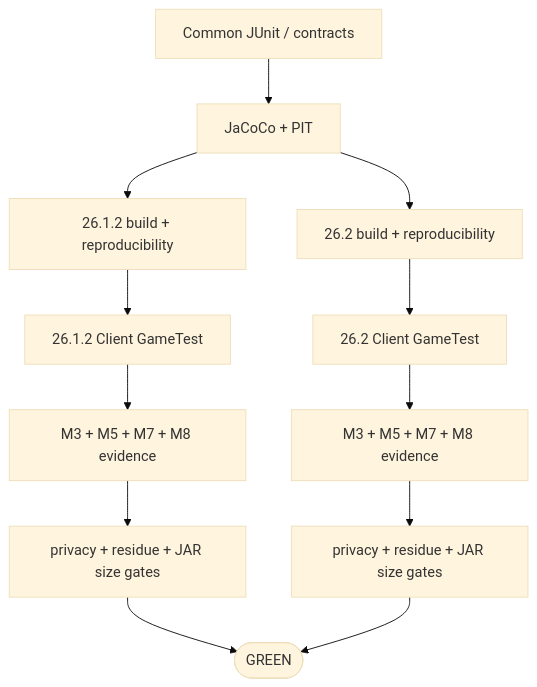
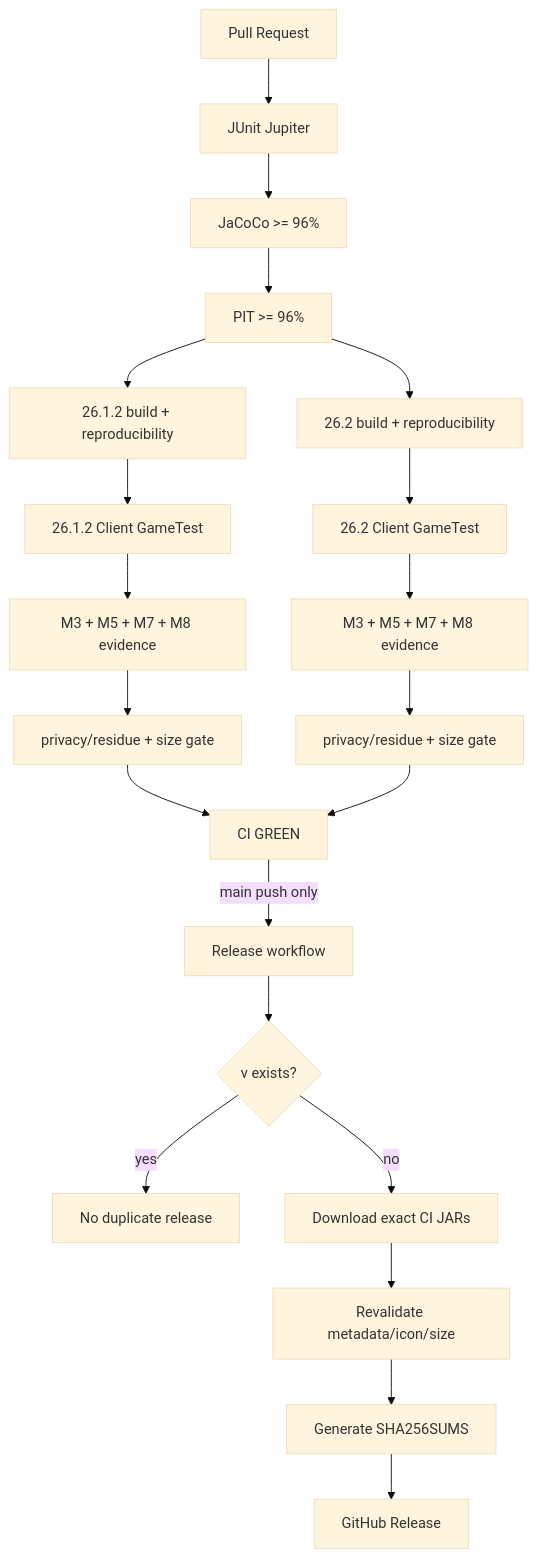
Before and after one commit to bosatsu25/BlockLens: the third of 4 diagrams in README.md, drawn with Mermaid (base theme). The commit also changed other lines of this file, not shown here.

````diff
--- a/README.md
+++ b/README.md
@@ -174,14 +113,23 @@
 ```mermaid
 flowchart TD
-    C[Common JUnit / contracts] --> Q[JaCoCo + PIT]
-    Q --> B1[26.1.2 build + reproducibility]
-    Q --> B2[26.2 build + reproducibility]
+    PR[Pull Request] --> U[JUnit Jupiter]
+    U --> J[JaCoCo >= 96%]
+    J --> P[PIT >= 96%]
+    P --> B1[26.1.2 build + reproducibility]
+    P --> B2[26.2 build + reproducibility]
     B1 --> G1[26.1.2 Client GameTest]
     B2 --> G2[26.2 Client GameTest]
     G1 --> E1[M3 + M5 + M7 + M8 evidence]
     G2 --> E2[M3 + M5 + M7 + M8 evidence]
-    E1 --> S1[privacy + residue + JAR size gates]
-    E2 --> S2[privacy + residue + JAR size gates]
-    S1 --> GREEN([GREEN])
-    S2 --> GREEN
+    E1 --> A1[privacy/residue + size gate]
+    E2 --> A2[privacy/residue + size gate]
+    A1 --> GREEN[CI GREEN]
+    A2 --> GREEN
+    GREEN -->|main push only| REL[Release workflow]
+    REL --> VER{v<mod_version> exists?}
+    VER -- yes --> STOP[No duplicate release]
+    VER -- no --> DL[Download exact CI JARs]
+    DL --> RV[Revalidate metadata/icon/size]
+    RV --> SHA[Generate SHA256SUMS]
+    SHA --> PUB[GitHub Release]
 ```
````
